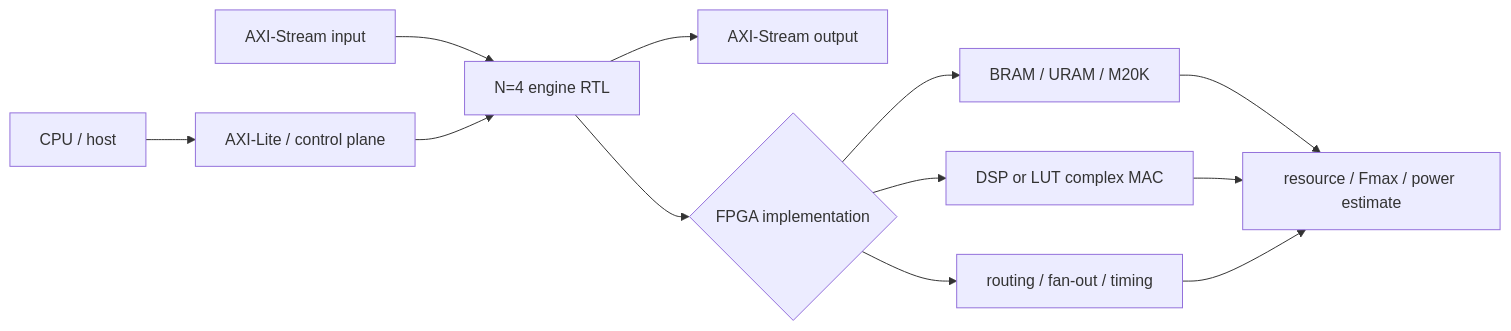
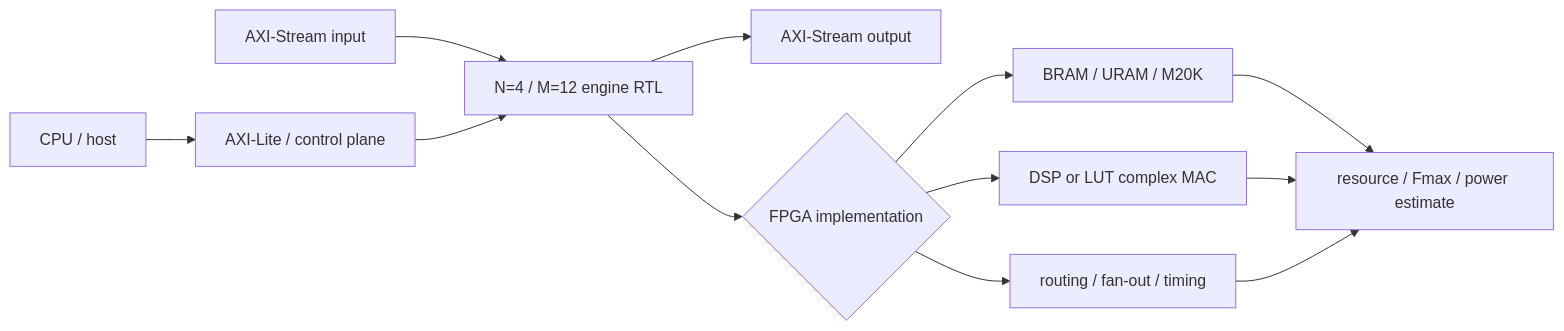
One commit to HN19781124/banked-stencil-multicast changed the first of 2 diagrams in docs/concepts/fpga-and-simulation-comparison.en.md. Above: the diagram before and after it, drawn with Mermaid. The commit also changed other lines of this file and 36 other files, not shown here.

```diff
--- a/docs/concepts/fpga-and-simulation-comparison.en.md
+++ b/docs/concepts/fpga-and-simulation-comparison.en.md
@@ -16,14 +18,14 @@
 ~~~mermaid
 flowchart LR
     HOST["CPU / host"] --> CTRL["AXI-Lite / control plane"]
-    STREAM["AXI-Stream input"] --> ENGINE["N=4 engine RTL"]
+    STREAM["AXI-Stream input"] --> ENGINE["N=4 / M=12 engine RTL"]
     CTRL --> ENGINE
     ENGINE --> OUT["AXI-Stream output"]
     ENGINE --> MAP{"FPGA implementation"}
     MAP --> BRAM["BRAM / URAM / M20K"]
     MAP --> DSP["DSP or LUT complex MAC"]
     MAP --> ROUTE["routing / fan-out / timing"]
     BRAM --> REPORT["resource / Fmax / power estimate"]
     DSP --> REPORT
     ROUTE --> REPORT
 ~~~
```
